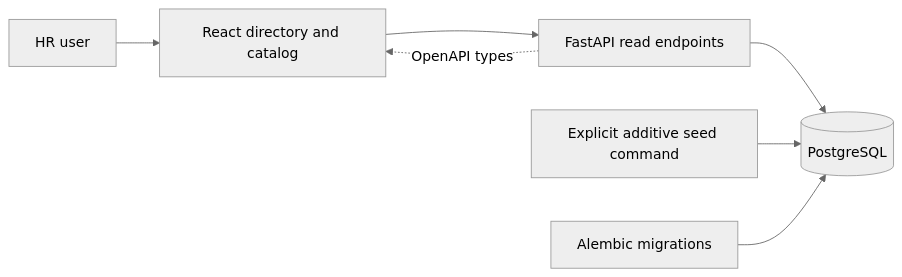
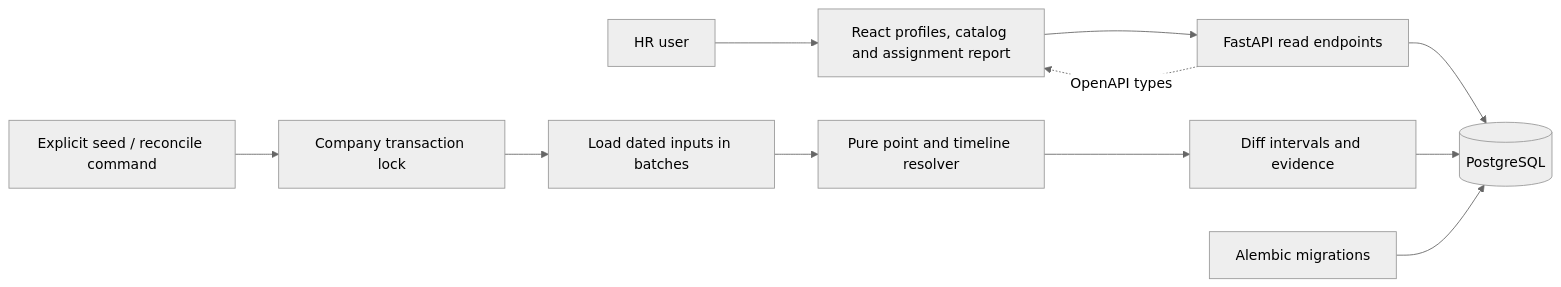
One commit to yarora21/warping changed the first of 2 diagrams in docs/architecture.md. Above: the diagram before and after it, drawn with Mermaid (neutral theme). The commit also changed other lines of this file and 17 other files, not shown here.

Commit message:
Implement explainable assignment resolver and complete timelines

````diff
--- a/docs/architecture.md
+++ b/docs/architecture.md
@@ -5,9 +5,13 @@
 ```mermaid
 flowchart LR
-    HR[HR user] --> UI[React directory and catalog]
+    HR[HR user] --> UI[React profiles, catalog and assignment report]
     UI --> API[FastAPI read endpoints]
     API --> DB[(PostgreSQL)]
-    SEED[Explicit additive seed command] --> DB
+    SEED[Explicit seed / reconcile command] --> LOCK[Company transaction lock]
+    LOCK --> LOAD[Load dated inputs in batches]
+    LOAD --> RESOLVE[Pure point and timeline resolver]
+    RESOLVE --> DIFF[Diff intervals and evidence]
+    DIFF --> DB
     MIG[Alembic migrations] --> DB
     API -. OpenAPI types .-> UI
 ```
````
